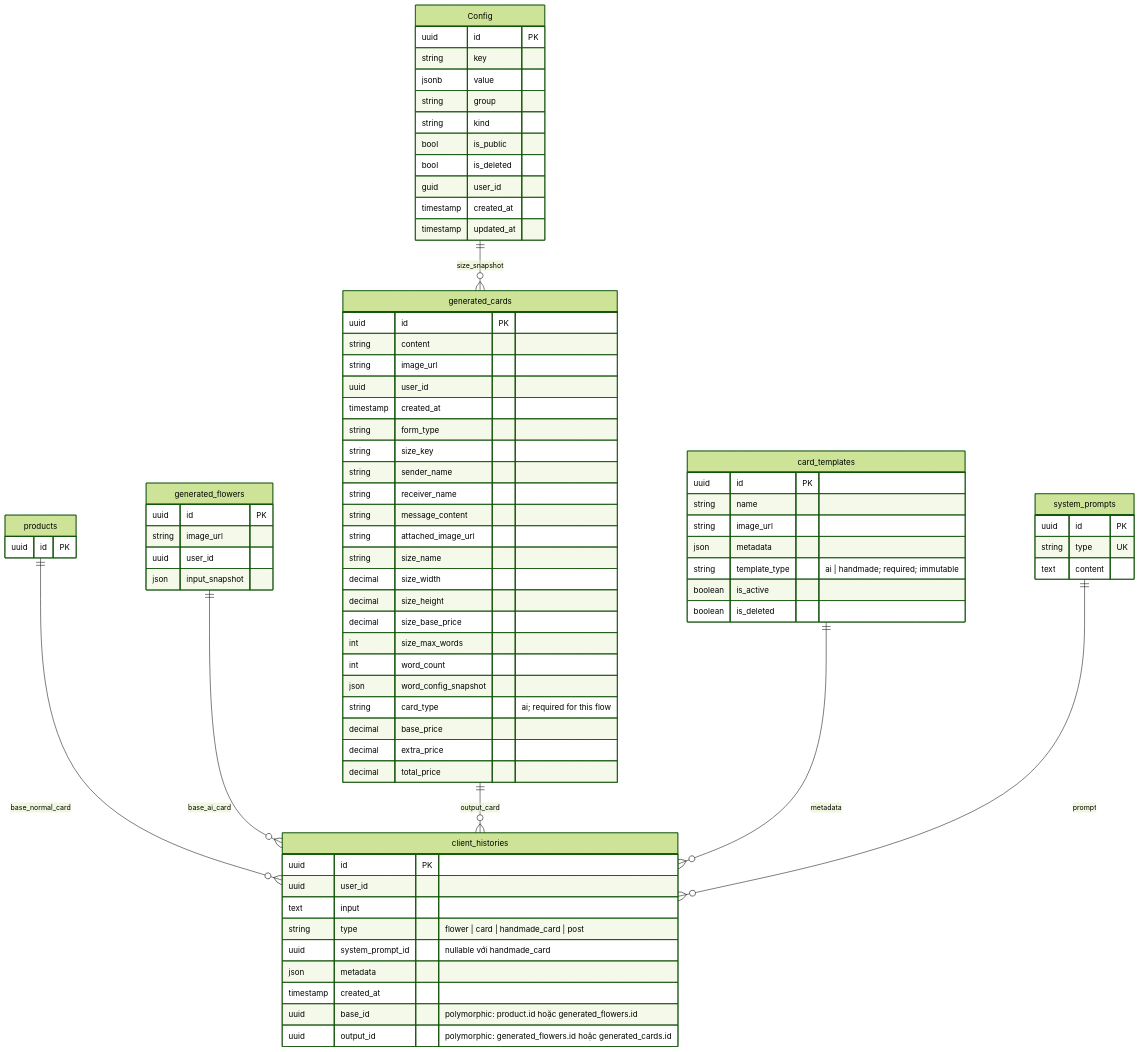
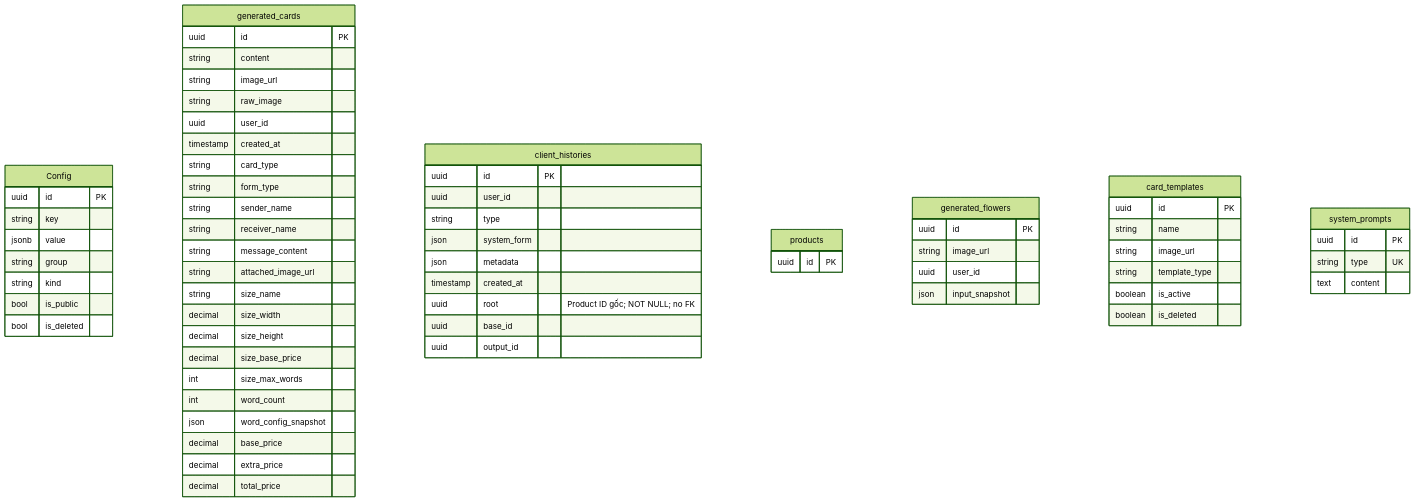
One commit to 161seconds/document-first-brief changed the fourth of 4 diagrams in hoa-theo-mua-ai-flourist/TDD/TDD-006/TDD-006-tao-thiep-thiet-ke-ai.md. Above: the diagram before and after it, drawn with Mermaid (forest theme). The commit also changed other lines of this file and 24 other files, not shown here.

````diff
--- a/hoa-theo-mua-ai-flourist/TDD/TDD-006/TDD-006-tao-thiep-thiet-ke-ai.md
+++ b/hoa-theo-mua-ai-flourist/TDD/TDD-006/TDD-006-tao-thiep-thiet-ke-ai.md
@@ -215,12 +159,5 @@
 ```mermaid
 erDiagram
-    Config ||--o{ generated_cards : "size_snapshot"
-    products ||--o{ client_histories : "base_normal_card"
-    generated_flowers ||--o{ client_histories : "base_ai_card"
-    generated_cards ||--o{ client_histories : "output_card"
-    card_templates ||--o{ client_histories : "metadata"
-    system_prompts ||--o{ client_histories : "prompt"
-
     Config {
         uuid id PK
         string key
@@ -229,19 +166,16 @@
         string kind
         bool is_public
         bool is_deleted
-        guid user_id
-        timestamp created_at
-        timestamp updated_at
     }
-
     generated_cards {
         uuid id PK
         string content
         string image_url
+        string raw_image
         uuid user_id
         timestamp created_at
+        string card_type
         string form_type
-        string size_key
         string sender_name
         string receiver_name
         string message_content
@@ -253,45 +187,38 @@
         int size_max_words
         int word_count
         json word_config_snapshot
-        string card_type "ai; required for this flow"
         decimal base_price
         decimal extra_price
         decimal total_price
     }
-
     client_histories {
         uuid id PK
         uuid user_id
-        text input
-        string type "flower | card | handmade_card | post"
-        uuid system_prompt_id "nullable với handmade_card"
+        string type
+        json system_form
         json metadata
         timestamp created_at
-        uuid base_id "polymorphic: product.id hoặc generated_flowers.id"
-        uuid output_id "polymorphic: generated_flowers.id hoặc generated_cards.id"
+        uuid root "Product ID gốc; NOT NULL; no FK"
+        uuid base_id
+        uuid output_id
     }
-
     products {
         uuid id PK
     }
-
     generated_flowers {
         uuid id PK
         string image_url
         uuid user_id
         json input_snapshot
     }
-
     card_templates {
         uuid id PK
         string name
         string image_url
-        json metadata
-        string template_type "ai | handmade; required; immutable"
+        string template_type
         boolean is_active
         boolean is_deleted
     }
-
     system_prompts {
         uuid id PK
         string type UK
````
